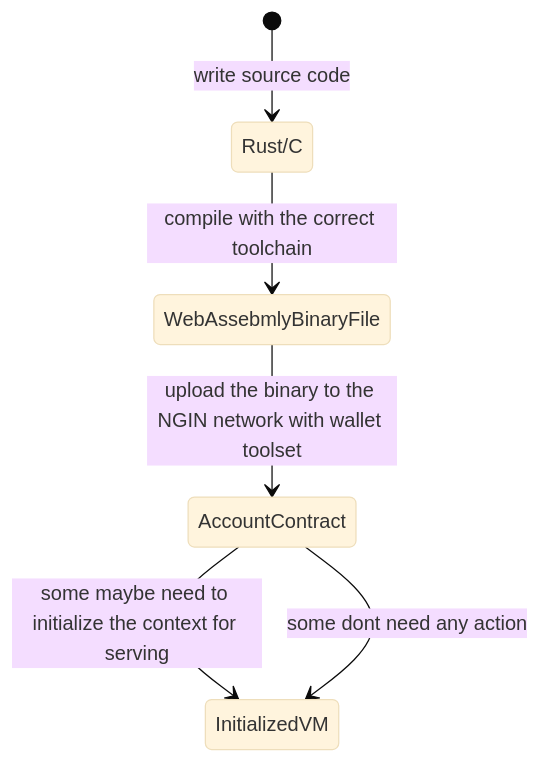
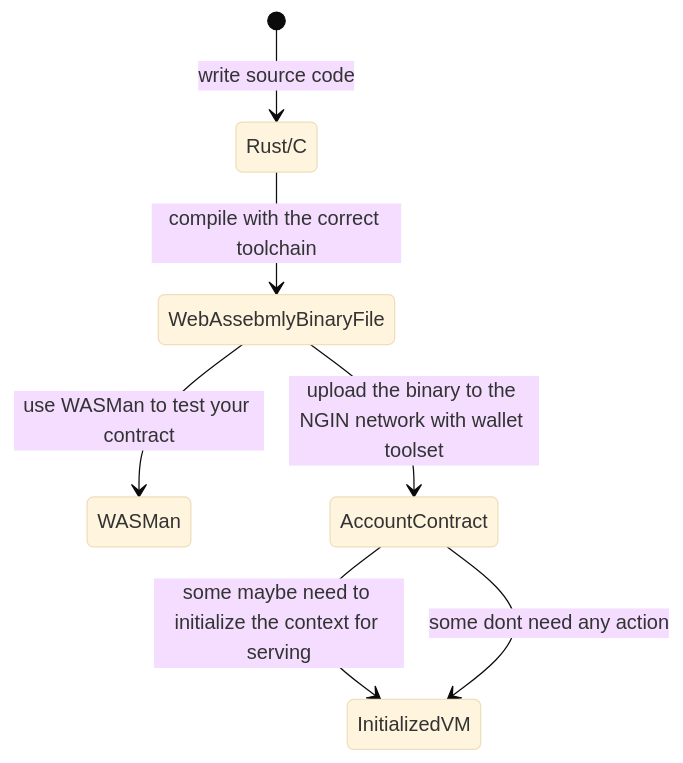
The third of 3 diagrams in index.md (ngchain/webpaper), drawn with Mermaid (base theme) before and after one commit. The commit also changed other lines of this file and 2 other files, not shown here.

Commit message:
add wasman

````diff
--- a/index.md
+++ b/index.md
@@ -191,8 +242,9 @@
 ```mermaid
 stateDiagram-v2
     [*] --> Rust/C: write source code
     Rust/C --> WebAssebmlyBinaryFile: compile with the correct toolchain
+    WebAssebmlyBinaryFile --> WASMan: use WASMan to test your contract
     WebAssebmlyBinaryFile --> AccountContract: upload the binary to the NGIN network with wallet toolset
     AccountContract --> InitializedVM: some maybe need to initialize the context for serving 
     AccountContract --> InitializedVM: some dont need any action
 ```
````
